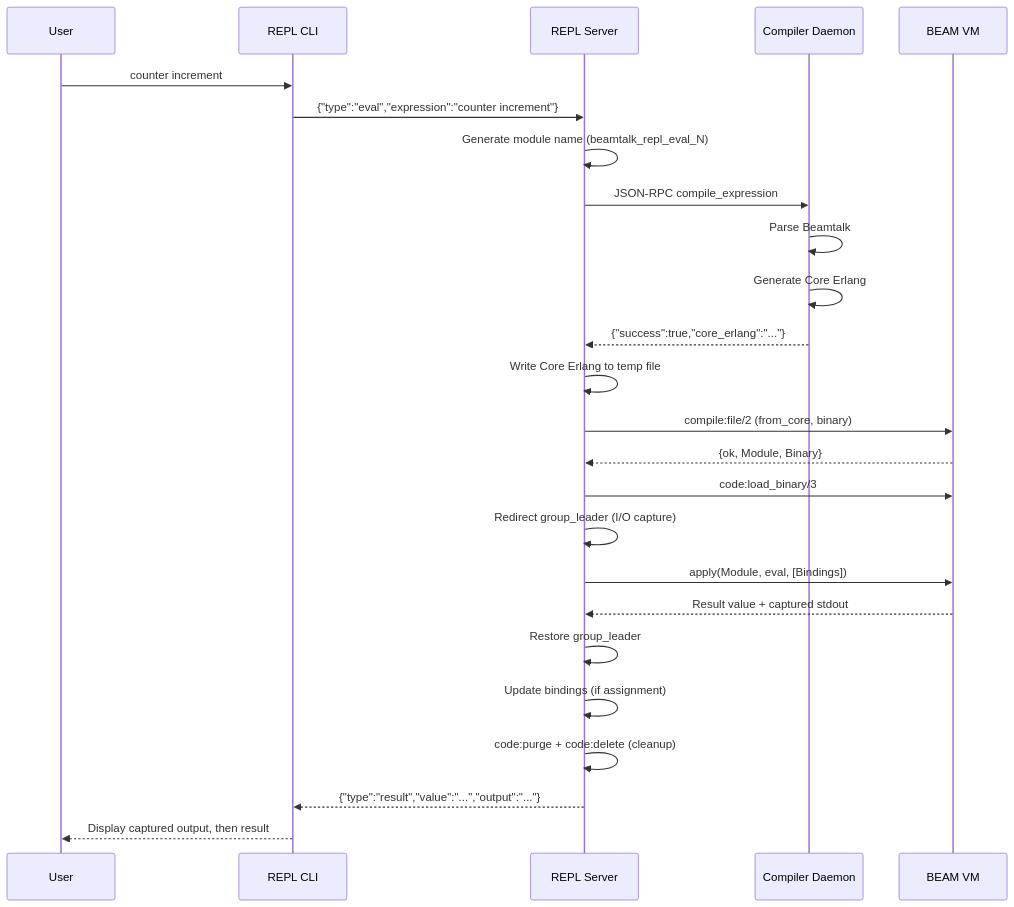
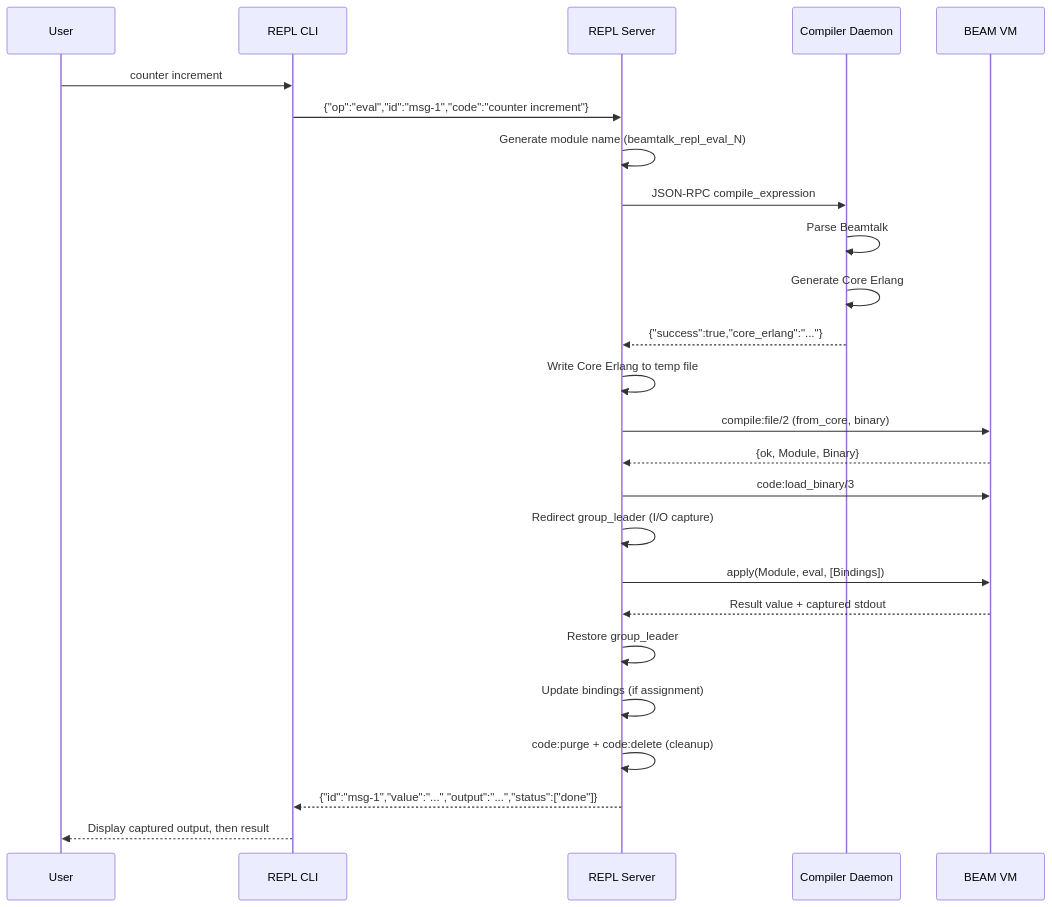
One commit to jamesc/beamtalk changed the third of 3 diagrams in docs/internal/repl-internals.md. Above: the diagram before and after it, drawn with Mermaid. The commit also changed other lines of this file and 6 other files, not shown here.

````diff
--- a/docs/internal/repl-internals.md
+++ b/docs/internal/repl-internals.md
@@ -207,28 +207,28 @@
 ```mermaid
 sequenceDiagram
     participant User
     participant CLI as REPL CLI
     participant Server as REPL Server
     participant Daemon as Compiler Daemon
     participant BEAM as BEAM VM
 
     User->>CLI: counter increment
-    CLI->>Server: {"type":"eval","expression":"counter increment"}
+    CLI->>Server: {"op":"eval","id":"msg-1","code":"counter increment"}
     Server->>Server: Generate module name (beamtalk_repl_eval_N)
     Server->>Daemon: JSON-RPC compile_expression
     Daemon->>Daemon: Parse Beamtalk
     Daemon->>Daemon: Generate Core Erlang
     Daemon-->>Server: {"success":true,"core_erlang":"..."}
     Server->>Server: Write Core Erlang to temp file
     Server->>BEAM: compile:file/2 (from_core, binary)
     BEAM-->>Server: {ok, Module, Binary}
     Server->>BEAM: code:load_binary/3
     Server->>Server: Redirect group_leader (I/O capture)
     Server->>BEAM: apply(Module, eval, [Bindings])
     BEAM-->>Server: Result value + captured stdout
     Server->>Server: Restore group_leader
     Server->>Server: Update bindings (if assignment)
     Server->>Server: code:purge + code:delete (cleanup)
-    Server-->>CLI: {"type":"result","value":"...","output":"..."}
+    Server-->>CLI: {"id":"msg-1","value":"...","output":"...","status":["done"]}
     CLI-->>User: Display captured output, then result
 ```
````
